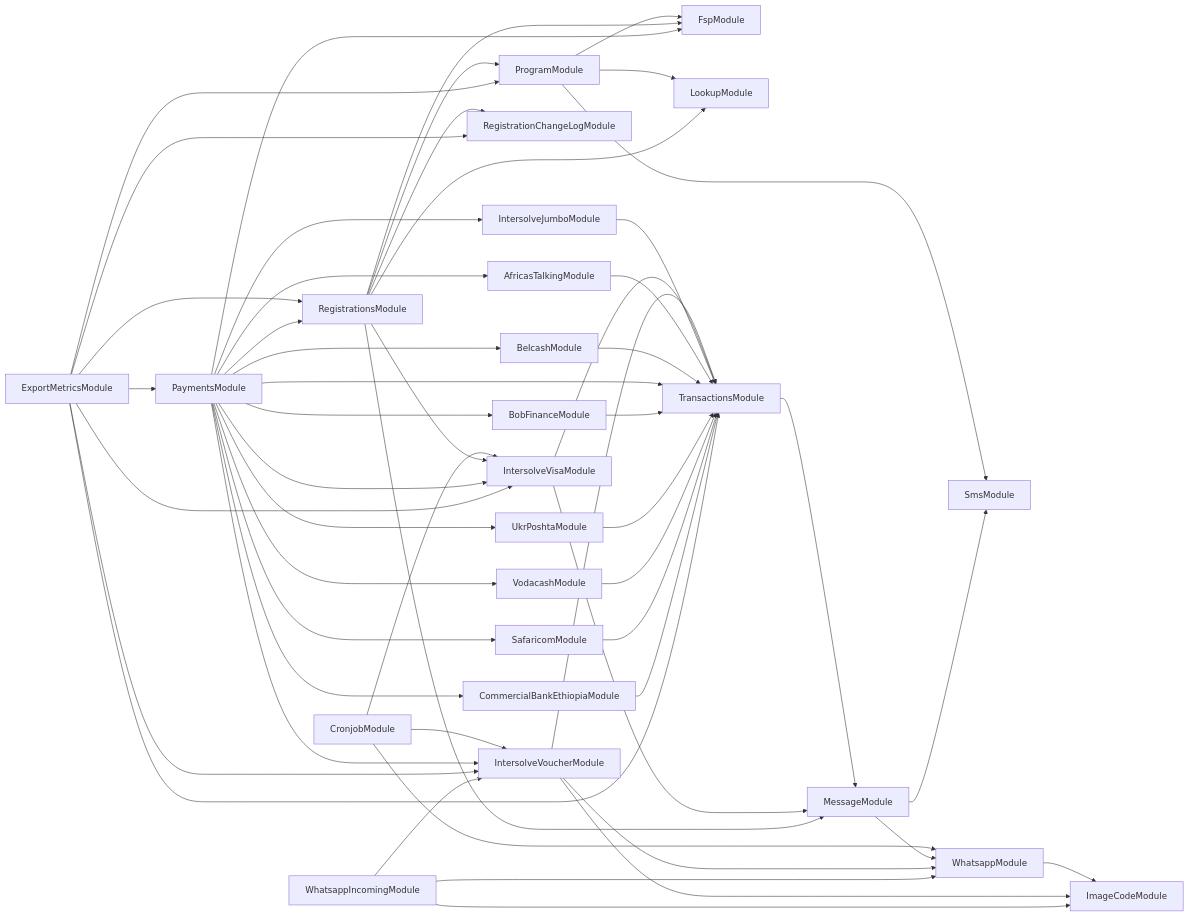
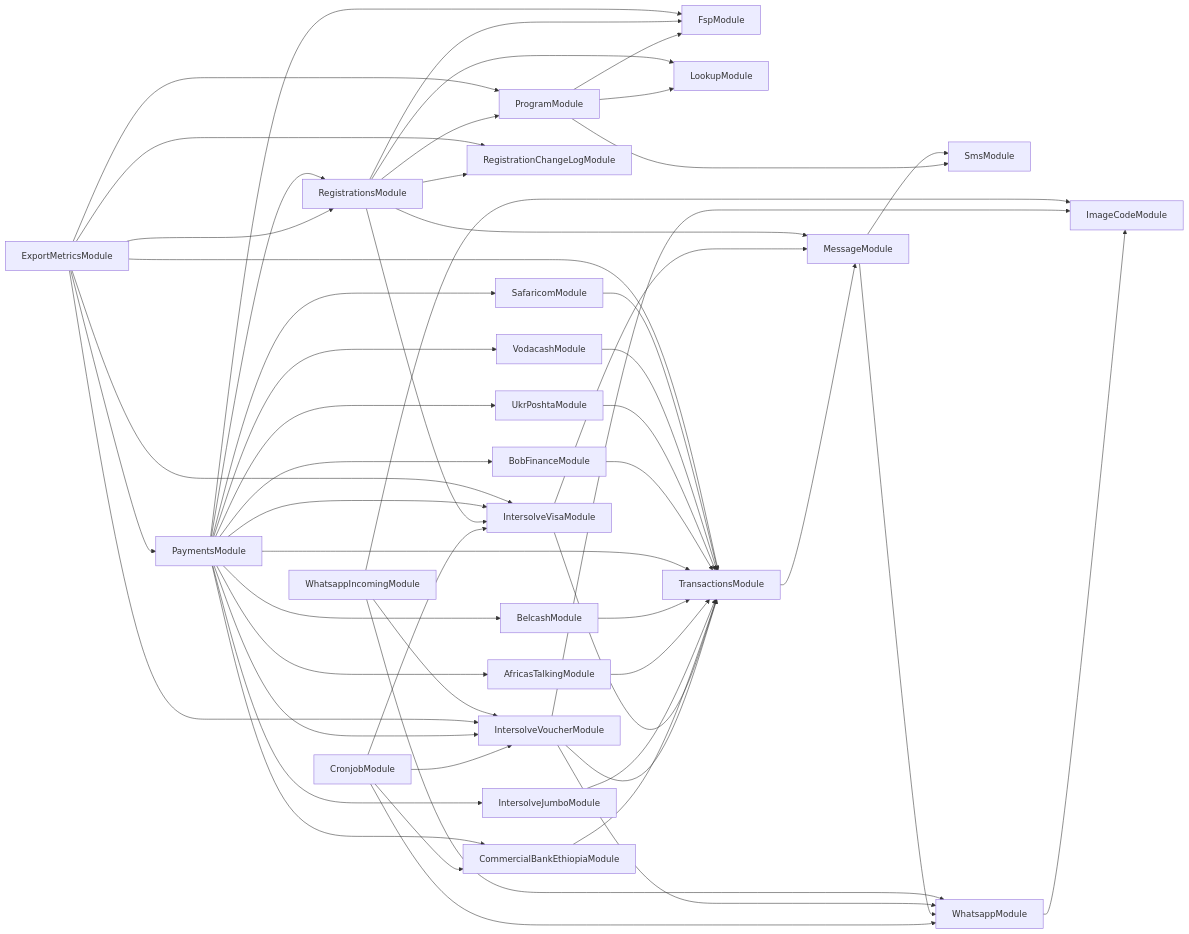
Before and after one commit to global-121/121-platform: the diagram in services/121-service/module-dependencies.md, drawn with Mermaid. The commit also changed 9 other files, not shown here.

````diff
--- a/services/121-service/module-dependencies.md
+++ b/services/121-service/module-dependencies.md
@@ -3,55 +3,56 @@
 ```mermaid
 graph LR
   ProgramModule-->SmsModule
   ProgramModule-->FspModule
   ProgramModule-->LookupModule
   CronjobModule-->WhatsappModule
   WhatsappModule-->ImageCodeModule
   CronjobModule-->IntersolveVoucherModule
   IntersolveVoucherModule-->ImageCodeModule
   IntersolveVoucherModule-->TransactionsModule
   TransactionsModule-->MessageModule
   MessageModule-->WhatsappModule
   MessageModule-->SmsModule
   IntersolveVoucherModule-->WhatsappModule
   CronjobModule-->IntersolveVisaModule
   IntersolveVisaModule-->TransactionsModule
   IntersolveVisaModule-->MessageModule
+  CronjobModule-->CommercialBankEthiopiaModule
+  CommercialBankEthiopiaModule-->TransactionsModule
   RegistrationsModule-->LookupModule
   RegistrationsModule-->ProgramModule
   RegistrationsModule-->FspModule
   RegistrationsModule-->MessageModule
   RegistrationsModule-->IntersolveVisaModule
   RegistrationsModule-->RegistrationChangeLogModule
   ExportMetricsModule-->ProgramModule
   ExportMetricsModule-->RegistrationsModule
   ExportMetricsModule-->PaymentsModule
   PaymentsModule-->FspModule
   PaymentsModule-->IntersolveVoucherModule
   PaymentsModule-->IntersolveVisaModule
   PaymentsModule-->IntersolveJumboModule
   IntersolveJumboModule-->TransactionsModule
   PaymentsModule-->AfricasTalkingModule
   AfricasTalkingModule-->TransactionsModule
   PaymentsModule-->BelcashModule
   BelcashModule-->TransactionsModule
   PaymentsModule-->TransactionsModule
   PaymentsModule-->BobFinanceModule
   BobFinanceModule-->TransactionsModule
   PaymentsModule-->UkrPoshtaModule
   UkrPoshtaModule-->TransactionsModule
   PaymentsModule-->VodacashModule
   VodacashModule-->TransactionsModule
   PaymentsModule-->SafaricomModule
   SafaricomModule-->TransactionsModule
   PaymentsModule-->CommercialBankEthiopiaModule
-  CommercialBankEthiopiaModule-->TransactionsModule
   PaymentsModule-->RegistrationsModule
   ExportMetricsModule-->TransactionsModule
   ExportMetricsModule-->IntersolveVisaModule
   ExportMetricsModule-->IntersolveVoucherModule
   ExportMetricsModule-->RegistrationChangeLogModule
   WhatsappIncomingModule-->ImageCodeModule
   WhatsappIncomingModule-->IntersolveVoucherModule
   WhatsappIncomingModule-->WhatsappModule
 ```
````
